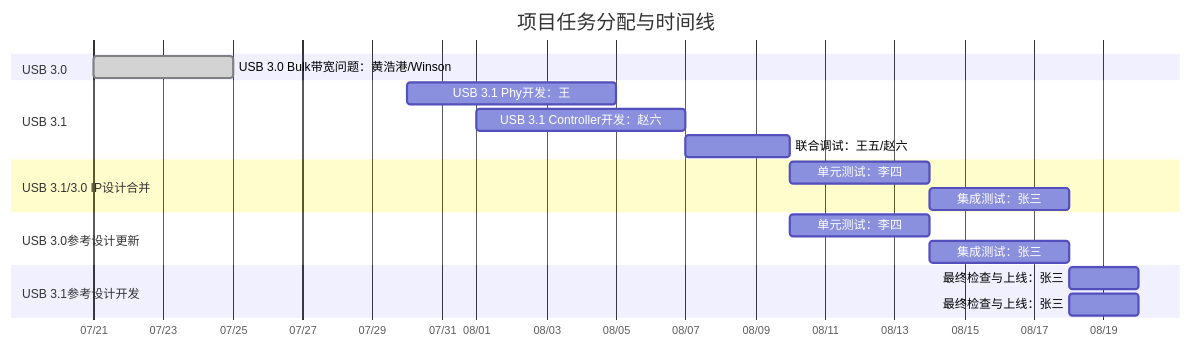
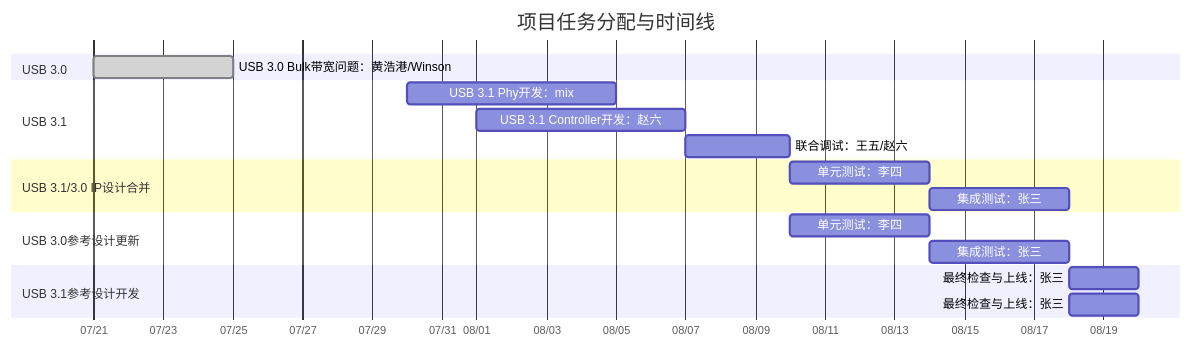
The diagram in all/未命名.md (winsonbook/iodraw-files), drawn with Mermaid before and after one commit.

Commit message:
2025-07-21 09:50:17 update

````diff
--- a/all/未命名.md
+++ b/all/未命名.md
@@ -1,29 +1,29 @@
 ```mermaid
 gantt
     title 项目任务分配与时间线
     dateFormat  YYYY-MM-DD
     axisFormat  %m/%d
 
     section USB 3.0
     USB 3.0 Bulk带宽问题：黄浩港/Winson   :done,    task1, 2025-07-21, 4d
 
     section USB 3.1
-    USB 3.1 Phy开发：王      :         task3, 2025-07-30, 6d
+    USB 3.1 Phy开发：mix      :         task3, 2025-07-30, 6d
     USB 3.1 Controller开发：赵六      :         task4, 2025-08-01, 6d
     联合调试：王五/赵六  :         task5, 2025-08-07, 3d
 
     section USB 3.1/3.0 IP设计合并
     单元测试：李四       :         task6, 2025-08-10, 4d
     集成测试：张三       :         task7, 2025-08-14, 4d
 
     section USB 3.0参考设计更新
     单元测试：李四       :         task6, 2025-08-10, 4d
     集成测试：张三       :         task7, 2025-08-14, 4d
 
     section USB 3.1参考设计开发
     最终检查与上线：张三 :         task8, 2025-08-18, 2d
 
     section USB 3.1参考设计开发
     最终检查与上线：张三 :         task8, 2025-08-18, 2d
 
 ```
````
